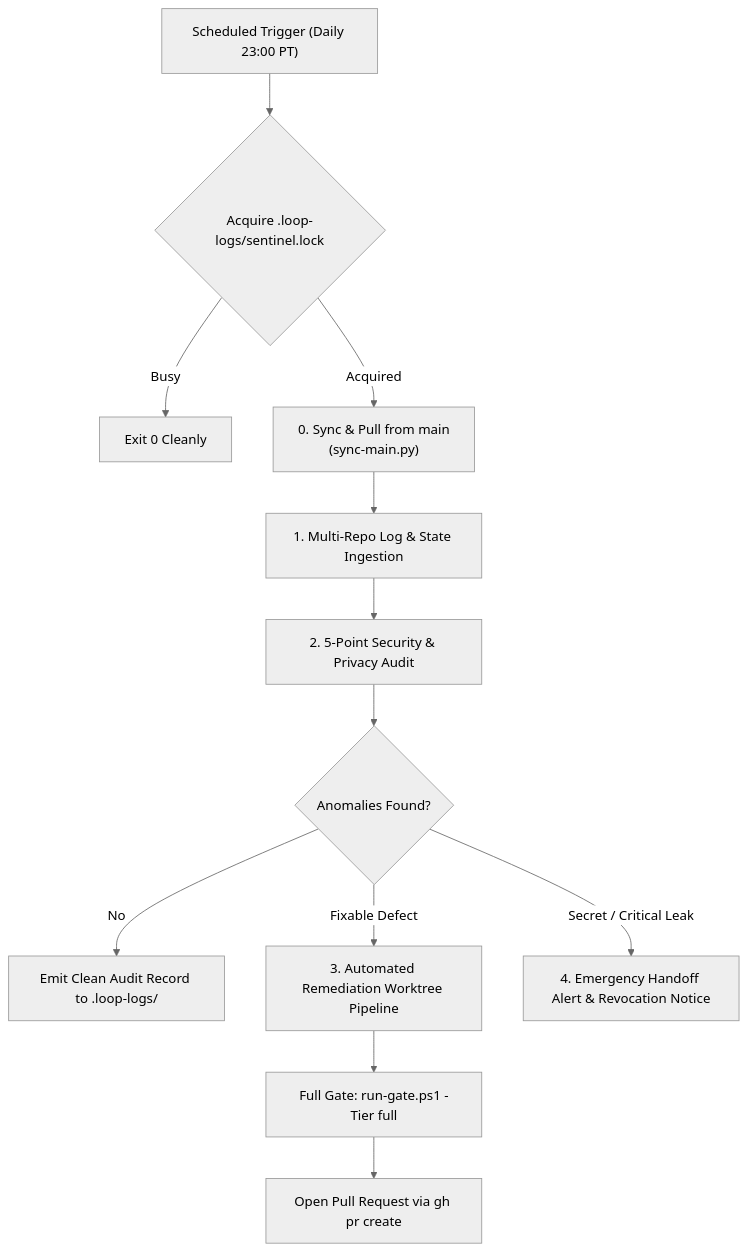
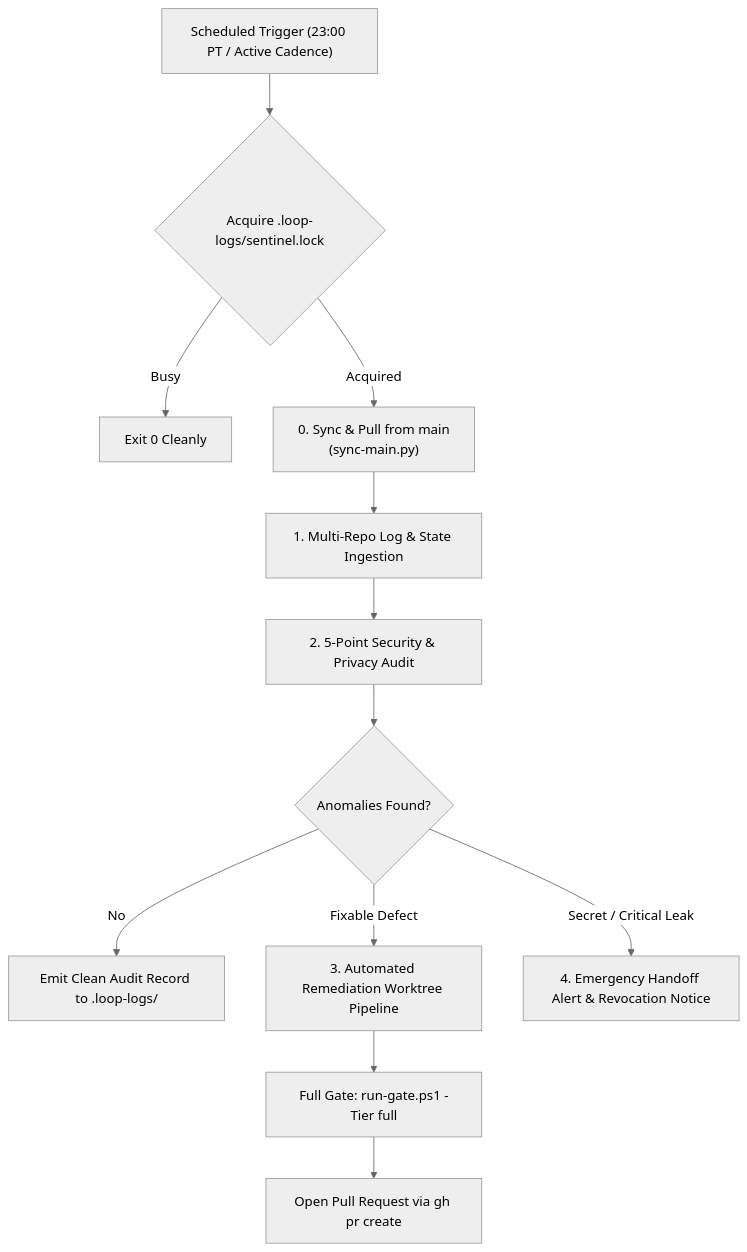
One commit to senseiewok/cf-lab changed the diagram in .claude/skills/scheduled-security-sentinel/SKILL.md. Above: the diagram before and after it, drawn with Mermaid (neutral theme). The commit also changed other lines of this file and 7 other files, not shown here.

Commit message:
docs(skills): document accelerated active sprint cadences and non-colliding matrix across scheduled sentinels

````diff
--- a/.claude/skills/scheduled-security-sentinel/SKILL.md
+++ b/.claude/skills/scheduled-security-sentinel/SKILL.md
@@ -22,14 +23,14 @@
 ```mermaid
 flowchart TD
-    Trigger["Scheduled Trigger (Daily 23:00 PT)"] --> Lock{"Acquire .loop-logs/sentinel.lock"}
+    Trigger["Scheduled Trigger (23:00 PT / Active Cadence)"] --> Lock{"Acquire .loop-logs/sentinel.lock"}
     Lock -->|Busy| Exit["Exit 0 Cleanly"]
     Lock -->|Acquired| Sync["0. Sync & Pull from main\n(sync-main.py)"]
     Sync --> Ingest["1. Multi-Repo Log & State Ingestion"]
     Ingest --> Audit["2. 5-Point Security & Privacy Audit"]
     Audit --> Triage{"Anomalies Found?"}
     Triage -->|No| Clean["Emit Clean Audit Record to .loop-logs/"]
     Triage -->|Fixable Defect| Fix["3. Automated Remediation Worktree Pipeline"]
     Triage -->|Secret / Critical Leak| Alert["4. Emergency Handoff Alert & Revocation Notice"]
     Fix --> Gate["Full Gate: run-gate.ps1 -Tier full"]
     Gate --> PR["Open Pull Request via gh pr create"]
 ```
````
